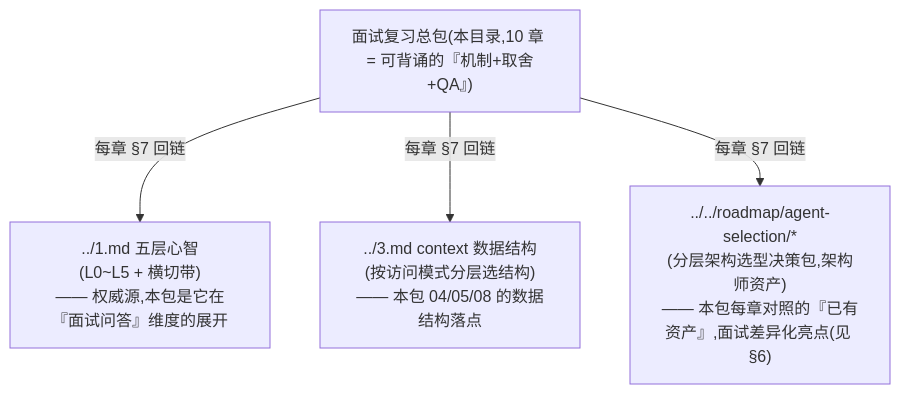
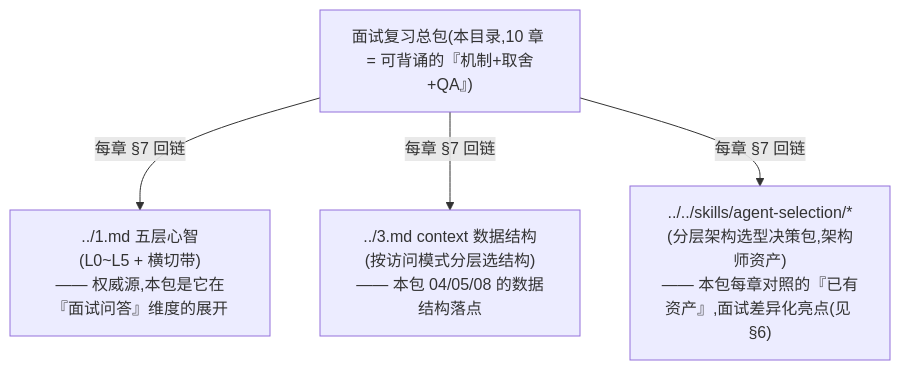
One commit to Colonel86/ai-agent-learn changed the diagram in agent/interview/jd-senior-agent-engineer/README.md. Above: the diagram before and after it, drawn with Mermaid. The commit also changed other lines of this file and 120 other files, not shown here.

First line of the commit message:
chore(agent): 重组选型资产入 skills、清理 Haystack 课程并更新笔记

````diff
--- a/agent/interview/jd-senior-agent-engineer/README.md
+++ b/agent/interview/jd-senior-agent-engineer/README.md
@@ -34,10 +34,10 @@
 ```mermaid
 flowchart TB
     ROOT["面试复习总包(本目录,10 章 = 可背诵的『机制+取舍+QA』)"]
     A["../1.md 五层心智<br/>(L0~L5 + 横切带)<br/>—— 权威源,本包是它在『面试问答』维度的展开"]
     B["../3.md context 数据结构<br/>(按访问模式分层选结构)<br/>—— 本包 04/05/08 的数据结构落点"]
-    C["../../roadmap/agent-selection/*<br/>(分层架构选型决策包,架构师资产)<br/>—— 本包每章对照的『已有资产』,面试差异化亮点(见 §6)"]
+    C["../../skills/agent-selection/*<br/>(分层架构选型决策包,架构师资产)<br/>—— 本包每章对照的『已有资产』,面试差异化亮点(见 §6)"]
     ROOT -->|"每章 §7 回链"| A
     ROOT -->|"每章 §7 回链"| B
     ROOT -->|"每章 §7 回链"| C
 ```
````
